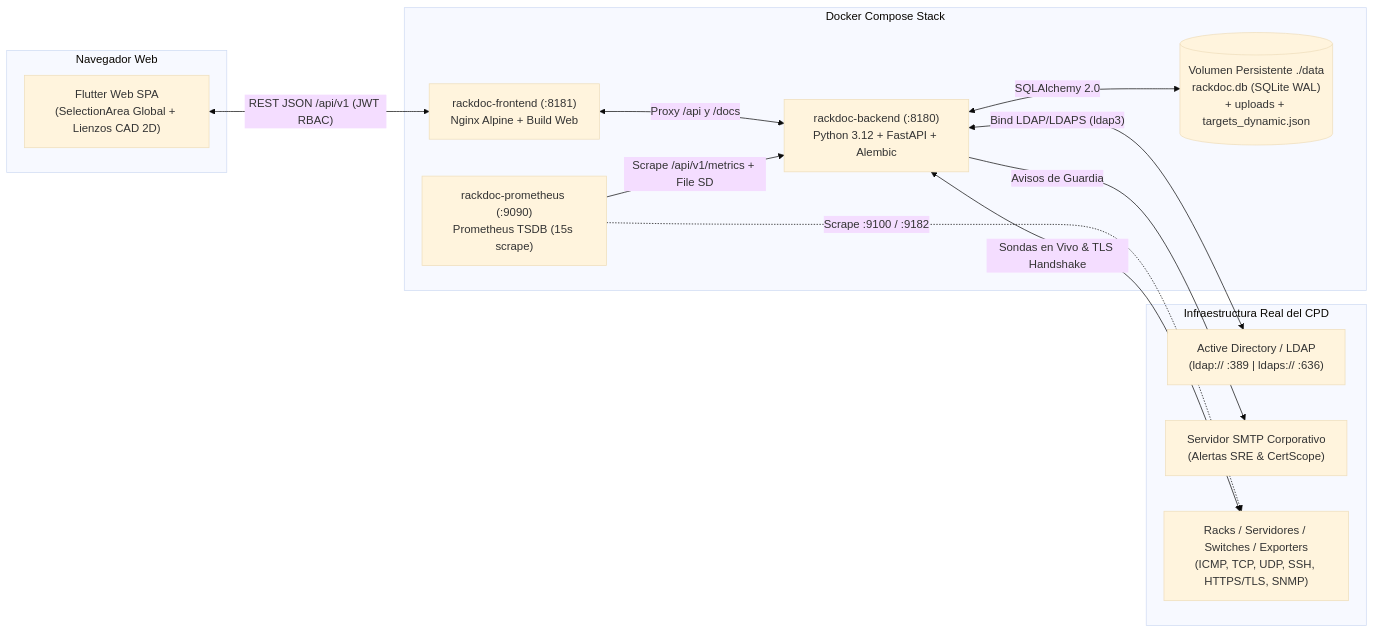
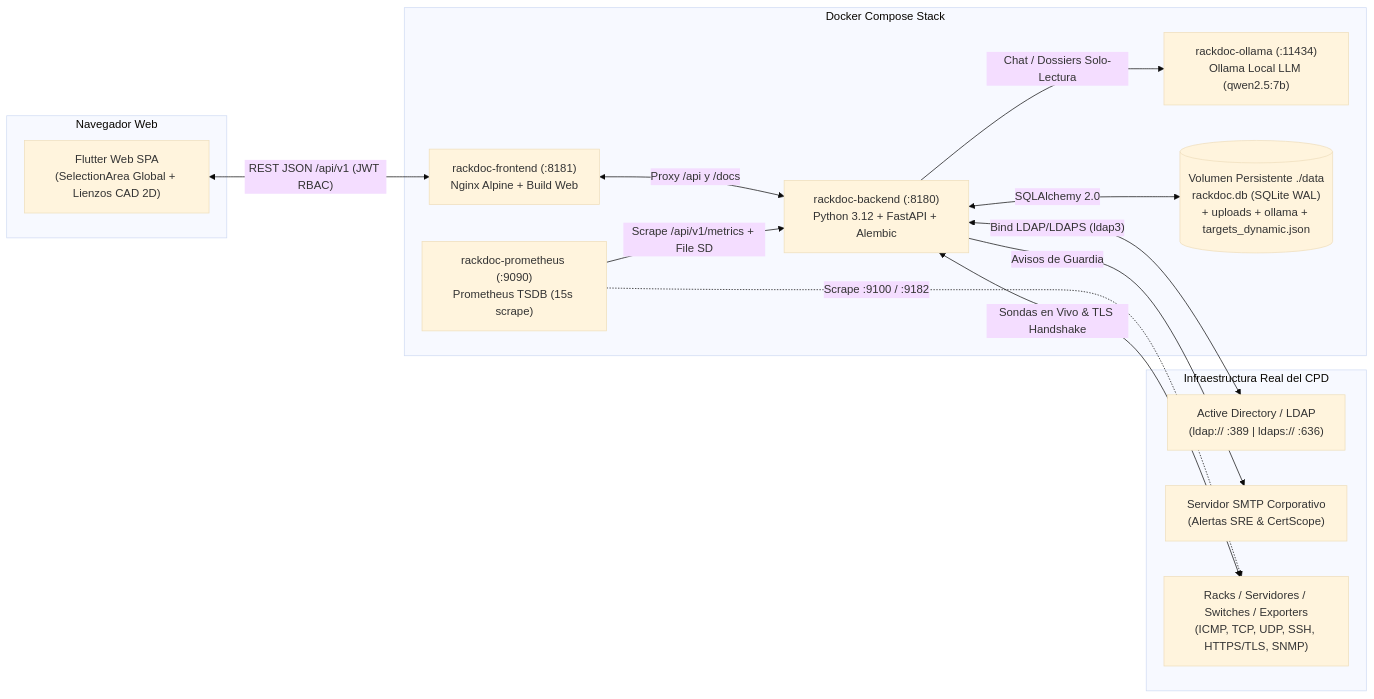
One commit to mario-ezquerro/rackdoc changed the diagram in ARCHITECTURE.md. Above: the diagram before and after it, drawn with Mermaid (base theme). The commit also changed other lines of this file and 33 other files, not shown here.

Commit message:
feat(ai-agent): integrar agente IA solo-lectura (Ollama local + MCP), visor Mermaid, esquemas 2D y descubrimiento pasivo RO

````diff
--- a/ARCHITECTURE.md
+++ b/ARCHITECTURE.md
@@ -9,28 +9,30 @@
 ```mermaid
 flowchart LR
     subgraph Browser["Navegador Web"]
         UI["Flutter Web SPA\n(SelectionArea Global + Lienzos CAD 2D)"]
     end
 
     subgraph Docker["Docker Compose Stack"]
         Nginx["rackdoc-frontend (:8181)\nNginx Alpine + Build Web"]
         API["rackdoc-backend (:8180)\nPython 3.12 + FastAPI + Alembic"]
         Prom["rackdoc-prometheus (:9090)\nPrometheus TSDB (15s scrape)"]
-        DB[("Volumen Persistente ./data\nrackdoc.db (SQLite WAL)\n+ uploads + targets_dynamic.json")]
+        Ollama["rackdoc-ollama (:11434)\nOllama Local LLM (qwen2.5:7b)"]
+        DB[("Volumen Persistente ./data\nrackdoc.db (SQLite WAL)\n+ uploads + ollama + targets_dynamic.json")]
     end
 
     subgraph Infra["Infraestructura Real del CPD"]
         AD["Active Directory / LDAP\n(ldap:// :389 | ldaps:// :636)"]
         SMTP["Servidor SMTP Corporativo\n(Alertas SRE & CertScope)"]
         Nodes["Racks / Servidores / Switches / Exporters\n(ICMP, TCP, UDP, SSH, HTTPS/TLS, SNMP)"]
     end
 
     UI <-->|"REST JSON /api/v1 (JWT RBAC)"| Nginx
     Nginx <-->|"Proxy /api y /docs"| API
     API <-->|"SQLAlchemy 2.0"| DB
+    API -->|"Chat / Dossiers Solo-Lectura"| Ollama
     Prom -->|"Scrape /api/v1/metrics + File SD"| API
     Prom -.->|"Scrape :9100 / :9182"| Nodes
     API <-->|"Bind LDAP/LDAPS (ldap3)"| AD
     API -->|"Avisos de Guardia"| SMTP
     API <-->|"Sondas en Vivo & TLS Handshake"| Nodes
 ```
````
